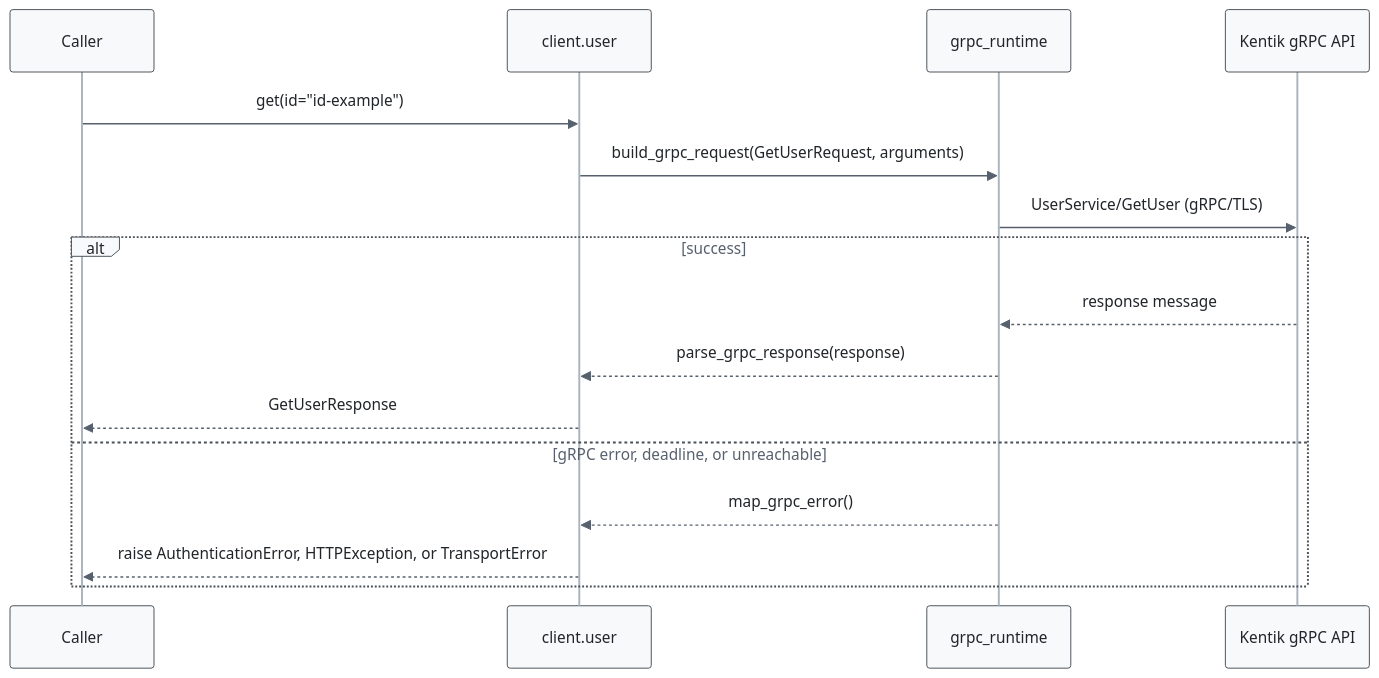
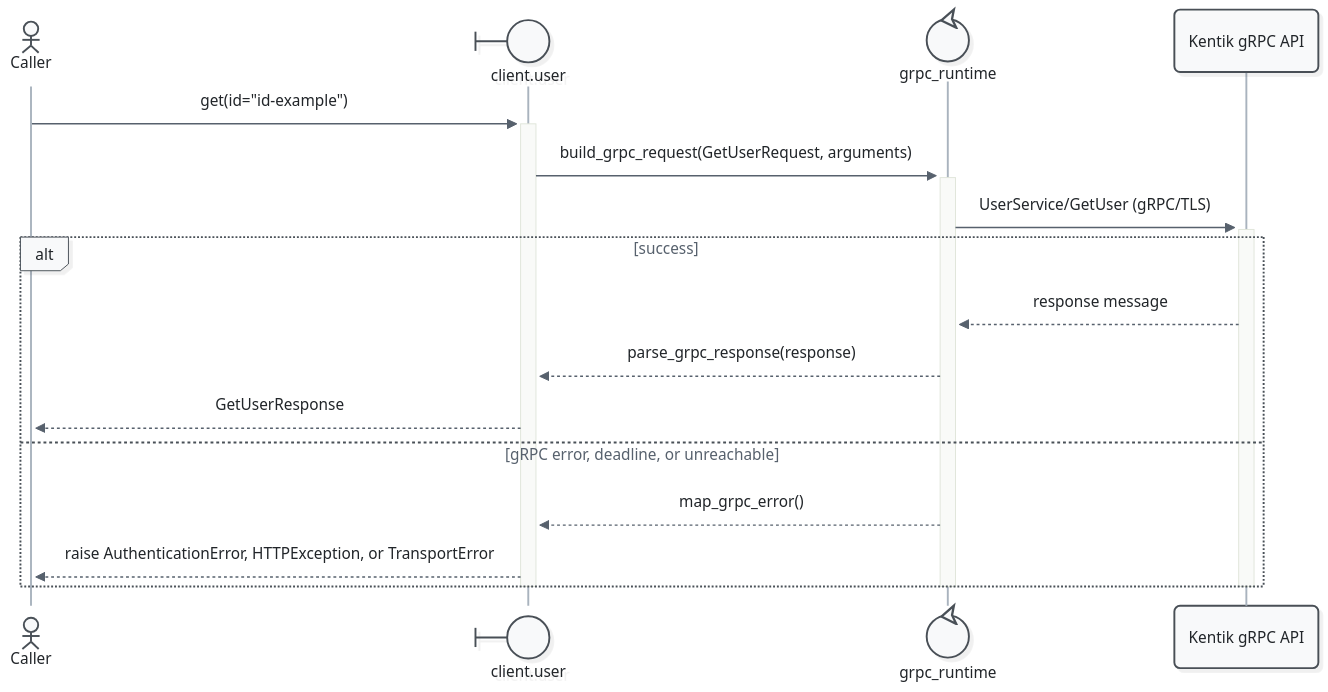
The sixth of 15 diagrams in docs/sphinx/services/user.md (alexdearaujo/community_sdk_python), drawn with Mermaid before and after one commit. The commit also changed other lines of this file and 52 other files, not shown here.

First line of the commit message:
docs: Mermaid 12 sequence diagrams with participant types and path colors

````diff
--- a/docs/sphinx/services/user.md
+++ b/docs/sphinx/services/user.md
@@ -204,20 +216,23 @@
 ```mermaid
-%%{init: {"theme": "base", "fontFamily": "ui-monospace, SFMono-Regular, Menlo, monospace", "themeVariables": {"fontFamily": "ui-monospace, SFMono-Regular, Menlo, monospace", "primaryColor": "#f8f9fa", "primaryBorderColor": "#495057", "primaryTextColor": "#212529", "textColor": "#212529", "lineColor": "#77818c", "edgeLabelBackground": "#ffffff", "actorBkg": "#f8f9fa", "actorBorder": "#495057", "actorTextColor": "#212529", "actorLineColor": "#a9b3be", "signalColor": "#57616d", "signalTextColor": "#212529", "labelBoxBkgColor": "#f8f9fa", "labelBoxBorderColor": "#495057", "labelTextColor": "#212529", "loopTextColor": "#57616d", "noteBkgColor": "#fff9db", "noteBorderColor": "#f08c00", "noteTextColor": "#a35a00"}, "flowchart": {"curve": "step", "nodeSpacing": 30, "rankSpacing": 70, "wrappingWidth": 400}}}%%
+%%{init: {"theme": "redux", "look": "neo", "layout": "dagre", "fontFamily": "ui-monospace, SFMono-Regular, Menlo, monospace", "themeVariables": {"fontFamily": "ui-monospace, SFMono-Regular, Menlo, monospace", "primaryColor": "#f8f9fa", "primaryBorderColor": "#495057", "primaryTextColor": "#212529", "textColor": "#212529", "lineColor": "#77818c", "edgeLabelBackground": "#ffffff", "actorBkg": "#f8f9fa", "actorBorder": "#495057", "actorTextColor": "#212529", "actorLineColor": "#a9b3be", "signalColor": "#57616d", "signalTextColor": "#212529", "labelBoxBkgColor": "#f8f9fa", "labelBoxBorderColor": "#495057", "labelTextColor": "#212529", "loopTextColor": "#57616d", "noteBkgColor": "#fff9db", "noteBorderColor": "#f08c00", "noteTextColor": "#a35a00"}, "sequence": {"activationWidth": 16}, "flowchart": {"curve": "step", "nodeSpacing": 30, "rankSpacing": 70, "wrappingWidth": 400}}}%%
 sequenceDiagram
-    participant C as Caller
-    participant W as client.user
-    participant R as grpc_runtime
+    actor C as Caller
+    participant W@{ "type": "boundary" } as client.user
+    participant R@{ "type": "control" } as grpc_runtime
     participant API as Kentik gRPC API
 
-    C->>W: get(id="id-example")
-    W->>R: build_grpc_request(GetUserRequest, arguments)
-    R->>API: UserService/GetUser (gRPC/TLS)
+    C->>+W: get(id="id-example")
+    W->>+R: build_grpc_request(GetUserRequest, arguments)
+    R->>+API: UserService/GetUser (gRPC/TLS)
     alt success
         API-->>R: response message
         R-->>W: parse_grpc_response(response)
         W-->>C: GetUserResponse
     else gRPC error, deadline, or unreachable
         R-->>W: map_grpc_error()
         W-->>C: raise AuthenticationError, HTTPException, or TransportError
     end
+    deactivate API
+    deactivate R
+    deactivate W
 ```
````
